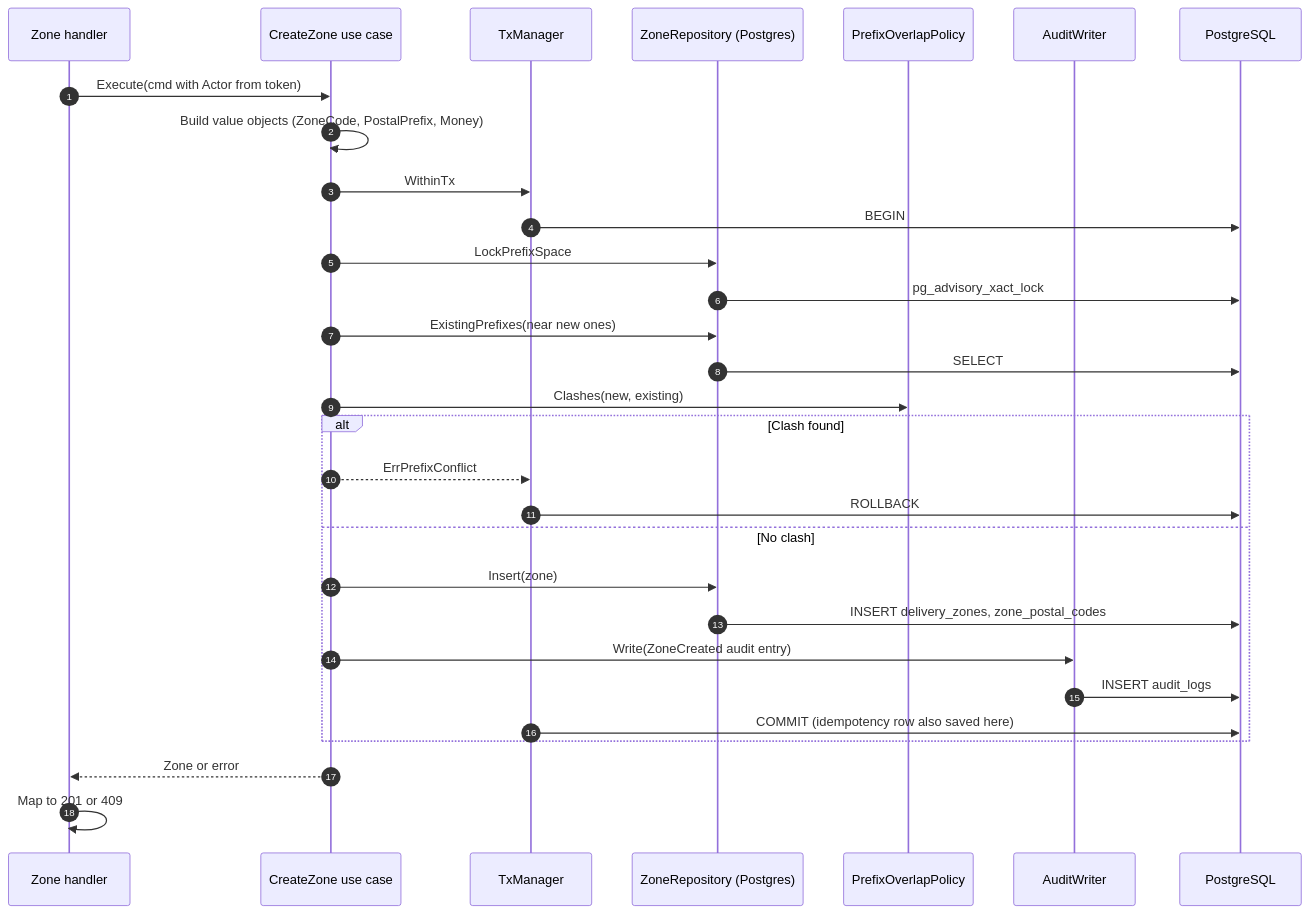
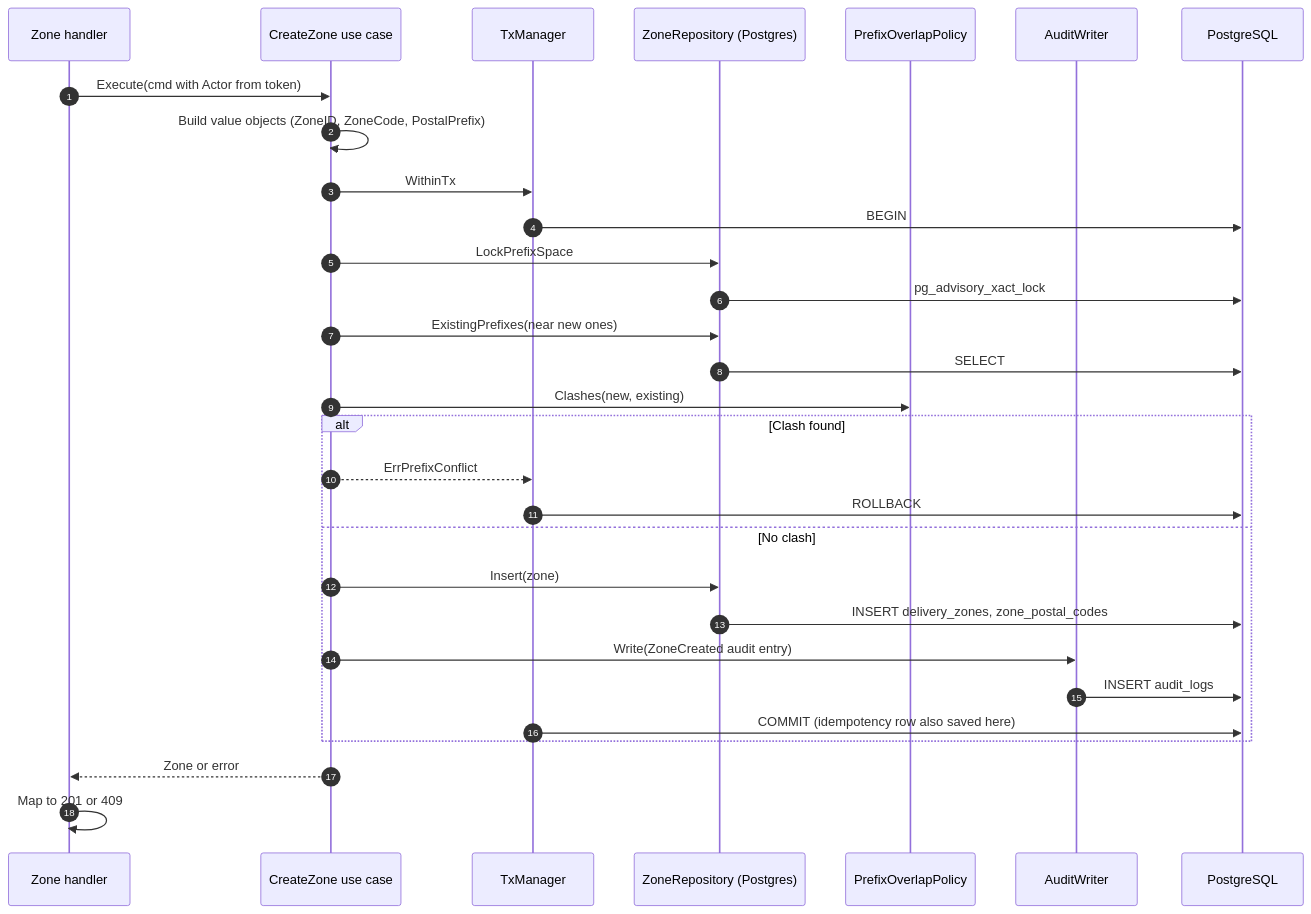
One commit to phantomTroupeEAD/SwiftDrop changed the ninth of 12 diagrams in docs/drafts/member-07-dispatcher-admin-web-gateway/doc-03-internal-architecture-and-design.md. Above: the diagram before and after it, drawn with Mermaid. The commit also changed other lines of this file and 125 other files, not shown here.

````diff
--- a/docs/drafts/member-07-dispatcher-admin-web-gateway/doc-03-internal-architecture-and-design.md
+++ b/docs/drafts/member-07-dispatcher-admin-web-gateway/doc-03-internal-architecture-and-design.md
@@ -722,32 +746,32 @@
 ```mermaid
 sequenceDiagram
     autonumber
     participant H as Zone handler
     participant UC as CreateZone use case
     participant TX as TxManager
     participant R as ZoneRepository (Postgres)
     participant POL as PrefixOverlapPolicy
     participant AW as AuditWriter
     participant DB as PostgreSQL
     H->>UC: Execute(cmd with Actor from token)
-    UC->>UC: Build value objects (ZoneCode, PostalPrefix, Money)
+    UC->>UC: Build value objects (ZoneID, ZoneCode, PostalPrefix)
     UC->>TX: WithinTx
     TX->>DB: BEGIN
     UC->>R: LockPrefixSpace
     R->>DB: pg_advisory_xact_lock
     UC->>R: ExistingPrefixes(near new ones)
     R->>DB: SELECT
     UC->>POL: Clashes(new, existing)
     alt Clash found
         UC-->>TX: ErrPrefixConflict
         TX->>DB: ROLLBACK
     else No clash
         UC->>R: Insert(zone)
         R->>DB: INSERT delivery_zones, zone_postal_codes
         UC->>AW: Write(ZoneCreated audit entry)
         AW->>DB: INSERT audit_logs
         TX->>DB: COMMIT (idempotency row also saved here)
     end
     UC-->>H: Zone or error
     H->>H: Map to 201 or 409
 ```
````
